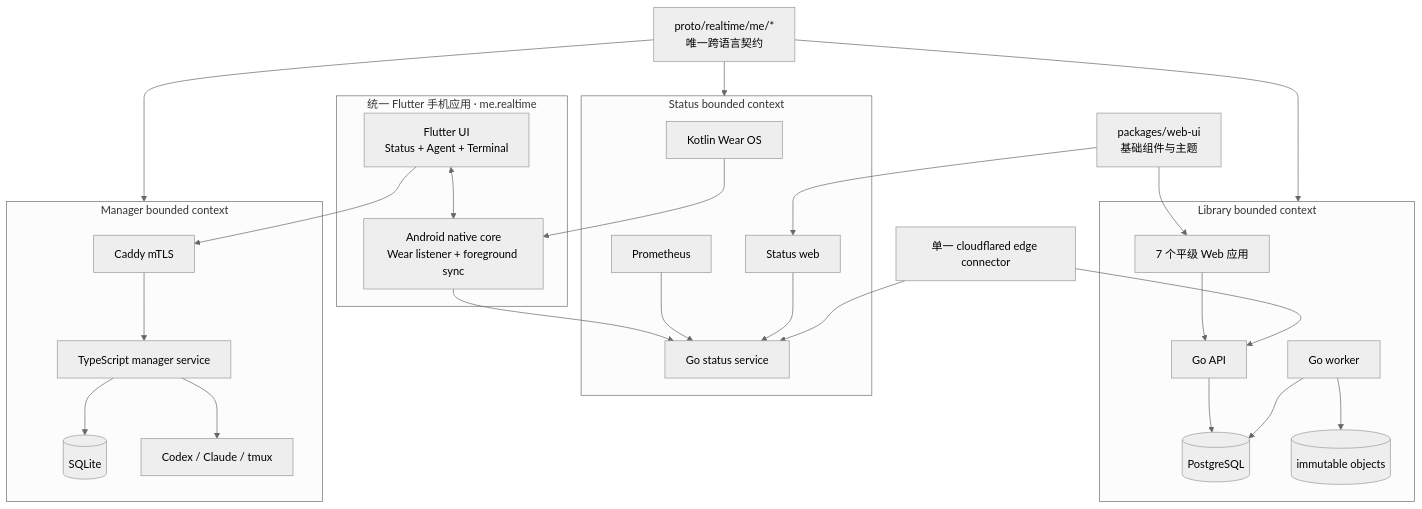
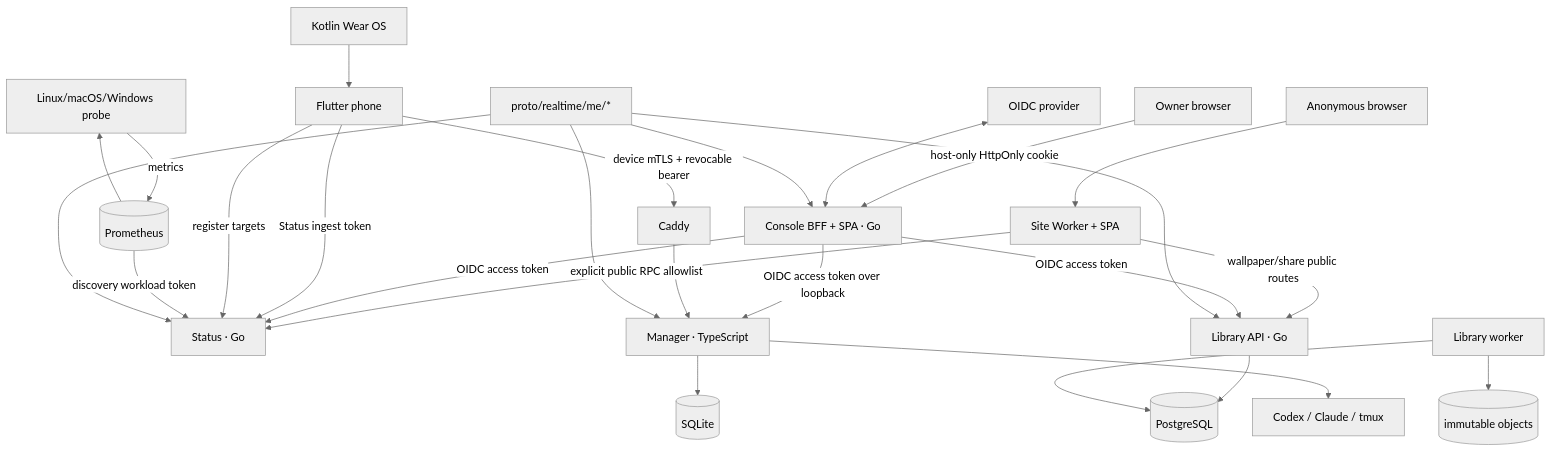
The diagram in docs/architecture/project-consolidation.md (pood1e/realtime-me), drawn with Mermaid (neutral theme) before and after one commit. The commit also changed other lines of this file and 389 other files, not shown here.

Commit message:
refactor(web): unify site console and owner access

````diff
--- a/docs/architecture/project-consolidation.md
+++ b/docs/architecture/project-consolidation.md
@@ -56,41 +22,33 @@
 ```mermaid
 flowchart TB
-  Proto["proto/realtime/me/*\n唯一跨语言契约"]
-  WebUI["packages/web-ui\n基础组件与主题"]
+  Visitor[Anonymous browser] --> Site[Site Worker + SPA]
+  Site -->|explicit public RPC allowlist| StatusAPI[Status · Go]
+  Site -->|wallpaper/share public routes| LibraryAPI[Library API · Go]
 
-  subgraph Phone["统一 Flutter 手机应用 · me.realtime"]
-    MobileUI["Flutter UI\nStatus + Agent + Terminal"]
-    NativeCore["Android native core\nWear listener + foreground sync"]
-    MobileUI <--> NativeCore
-  end
+  Owner[Owner browser] -->|host-only HttpOnly cookie| Console[Console BFF + SPA · Go]
+  Console -->|OIDC access token| StatusAPI
+  Console -->|OIDC access token| LibraryAPI
+  Console -->|OIDC access token over loopback| ManagerAPI[Manager · TypeScript]
+  IdP[OIDC provider] <--> Console
 
-  subgraph Status["Status bounded context"]
-    Watch["Kotlin Wear OS"] --> NativeCore
-    NativeCore --> StatusAPI["Go status service"]
-    Prometheus --> StatusAPI
-    StatusWeb["Status web"] --> StatusAPI
-  end
+  Mobile[Flutter phone] -->|Status ingest token| StatusAPI
+  Watch[Kotlin Wear OS] --> Mobile
+  Probe[Linux/macOS/Windows probe] -->|metrics| Prometheus[(Prometheus)]
+  Mobile -->|register targets| StatusAPI
+  Prometheus -->|discovery workload token| StatusAPI
+  Prometheus --> Probe
 
-  subgraph Library["Library bounded context"]
-    LibraryWeb["7 个平级 Web 应用"] --> LibraryAPI["Go API"]
-    LibraryAPI --> Postgres[(PostgreSQL)]
-    LibraryWorker["Go worker"] --> Postgres
-    LibraryWorker --> Objects[(immutable objects)]
-  end
+  Mobile -->|device mTLS + revocable bearer| Caddy[Caddy]
+  Caddy --> ManagerAPI
 
-  subgraph Manager["Manager bounded context"]
-    MobileUI --> Caddy["Caddy mTLS"]
-    Caddy --> ManagerAPI["TypeScript manager service"]
-    ManagerAPI --> SQLite[(SQLite)]
-    ManagerAPI --> CLIs["Codex / Claude / tmux"]
-  end
+  LibraryAPI --> Postgres[(PostgreSQL)]
+  LibraryWorker[Library worker] --> Postgres
+  LibraryWorker --> Objects[(immutable objects)]
+  ManagerAPI --> SQLite[(SQLite)]
+  ManagerAPI --> CLIs[Codex / Claude / tmux]
 
-  Edge["单一 cloudflared edge connector"] --> StatusAPI
-  Edge --> LibraryAPI
-
-  Proto --> Status
-  Proto --> Library
-  Proto --> Manager
-  WebUI --> StatusWeb
-  WebUI --> LibraryWeb
+  Proto[proto/realtime/me/*] --> StatusAPI
+  Proto --> LibraryAPI
+  Proto --> ManagerAPI
+  Proto --> Console
 ```
````
